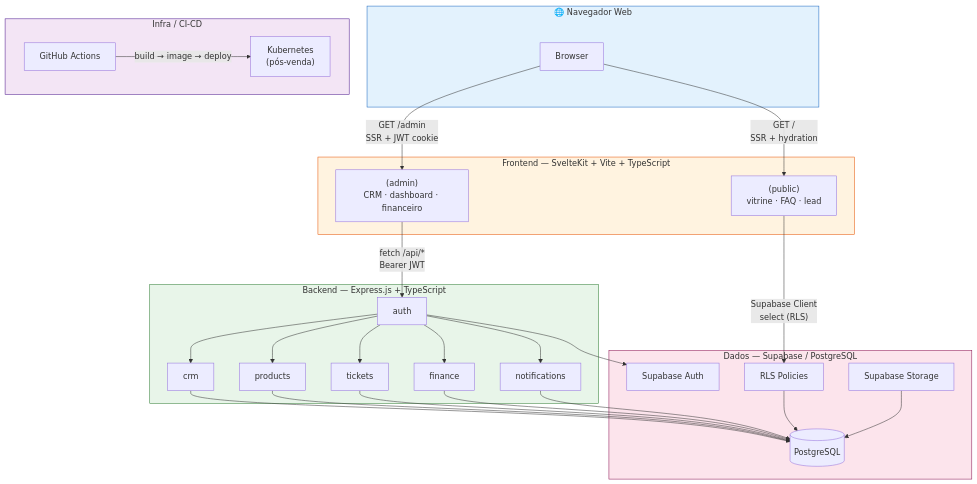
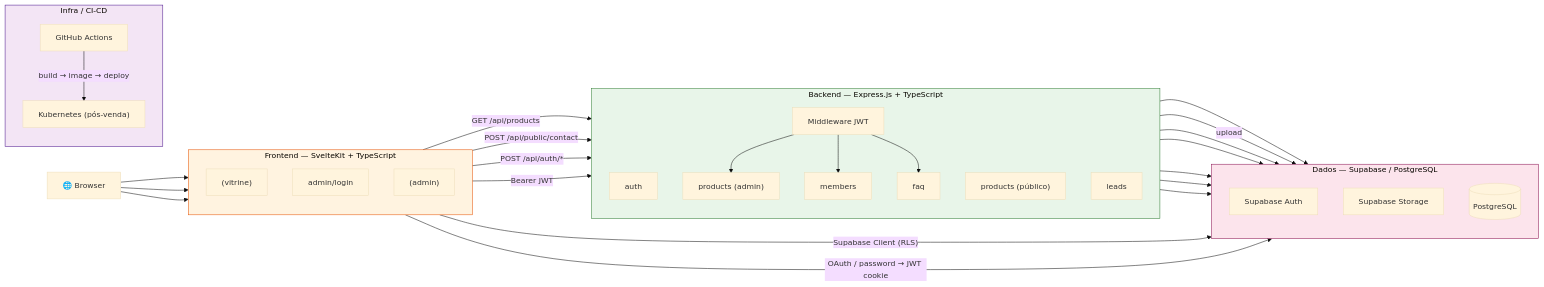
The first of 6 diagrams in gh-pages/docs/arquitetura/index.md (Bappoz/CrianexHub), drawn with Mermaid before and after one commit. The commit also changed other lines of this file and 3 other files, not shown here.

Commit message:
refactor: update architecture diagrams and enhance requirements engineering activities description

````diff
--- a/gh-pages/docs/arquitetura/index.md
+++ b/gh-pages/docs/arquitetura/index.md
@@ -30,57 +30,58 @@
 ```mermaid
-graph TD
-    subgraph BROWSER["🌐 Navegador Web"]
-        B[Browser]
-    end
+%%{init: {'theme': 'base', 'themeVariables': {'fontSize': '15px', 'fontFamily': 'arial'}}}%%
+graph LR
+    B["🌐 Browser"]
 
-    subgraph FRONTEND["Frontend — SvelteKit + Vite + TypeScript"]
-        PUB["(public)\nvitrine · FAQ · lead"]
-        ADM["(admin)\nCRM · dashboard · financeiro"]
+    subgraph FRONTEND["Frontend — SvelteKit + TypeScript"]
+        direction TB
+        PUB["(vitrine)"]
+        LOGIN["admin/login"]
+        ADM["(admin)"]
     end
 
     subgraph BACKEND["Backend — Express.js + TypeScript"]
-        AUTH_MOD[auth]
-        CRM_MOD[crm]
-        PROD_MOD[products]
-        TICK_MOD[tickets]
-        FIN_MOD[finance]
-        NOTIF_MOD[notifications]
+        direction TB
+        AUTH_MOD["auth"]
+        PROD_MOD["products (público)"]
+        LEAD_MOD["leads"]
+        MW["Middleware JWT"]
+        PROD_ADM["products (admin)"]
+        MBR_MOD["members"]
+        FAQ_MOD["faq"]
+        MW --> PROD_ADM & MBR_MOD & FAQ_MOD
     end
 
     subgraph DADOS["Dados — Supabase / PostgreSQL"]
-        SUPA_AUTH[Supabase Auth]
-        SUPA_STORE[Supabase Storage]
-        SUPA_RLS[RLS Policies]
-        PG[(PostgreSQL)]
+        direction TB
+        SUPA_AUTH["Supabase Auth"]
+        SUPA_STORE["Supabase Storage"]
+        PG[("PostgreSQL")]
     end
 
     subgraph INFRA["Infra / CI-CD"]
-        GHA[GitHub Actions]
-        K8S["Kubernetes\n(pós-venda)"]
+        direction TB
+        GHA["GitHub Actions"]
+        K8S["Kubernetes (pós-venda)"]
+        GHA -->|"build → image → deploy"| K8S
     end
 
-    B -->|"GET /\nSSR + hydration"| PUB
-    B -->|"GET /admin\nSSR + JWT cookie"| ADM
-    PUB -->|"Supabase Client\nselect (RLS)"| SUPA_RLS
-    ADM -->|"fetch /api/*\nBearer JWT"| AUTH_MOD
+    B --> PUB & LOGIN & ADM
+
+    PUB -->|"GET /api/products"| PROD_MOD
+    PUB -->|"POST /api/public/contact"| LEAD_MOD
+    PUB -->|"Supabase Client (RLS)"| PG
+
+    LOGIN -->|"OAuth / password → JWT cookie"| SUPA_AUTH
+
+    ADM -->|"POST /api/auth/*"| AUTH_MOD
+    ADM -->|"Bearer JWT"| MW
     AUTH_MOD --> SUPA_AUTH
-    AUTH_MOD --> CRM_MOD
-    AUTH_MOD --> PROD_MOD
-    AUTH_MOD --> TICK_MOD
-    AUTH_MOD --> FIN_MOD
-    AUTH_MOD --> NOTIF_MOD
-    CRM_MOD --> PG
-    PROD_MOD --> PG
-    TICK_MOD --> PG
-    FIN_MOD --> PG
-    NOTIF_MOD --> PG
-    SUPA_RLS --> PG
-    SUPA_STORE --> PG
-    GHA -->|"build → image → deploy"| K8S
 
-    style BROWSER fill:#e3f2fd,stroke:#1565c0
+    PROD_ADM -->|"upload"| SUPA_STORE
+    PROD_MOD & LEAD_MOD & PROD_ADM & MBR_MOD & FAQ_MOD --> PG
+
     style FRONTEND fill:#fff3e0,stroke:#e65100
     style BACKEND fill:#e8f5e9,stroke:#2e7d32
     style DADOS fill:#fce4ec,stroke:#880e4f
     style INFRA fill:#f3e5f5,stroke:#4a148c
 ```
````
